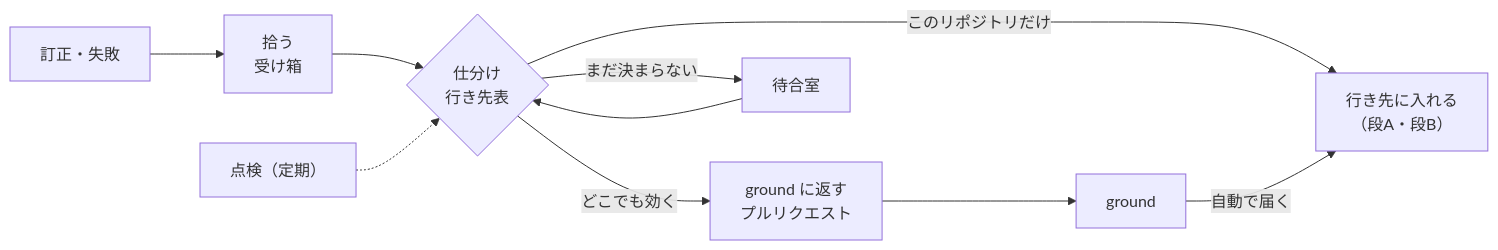
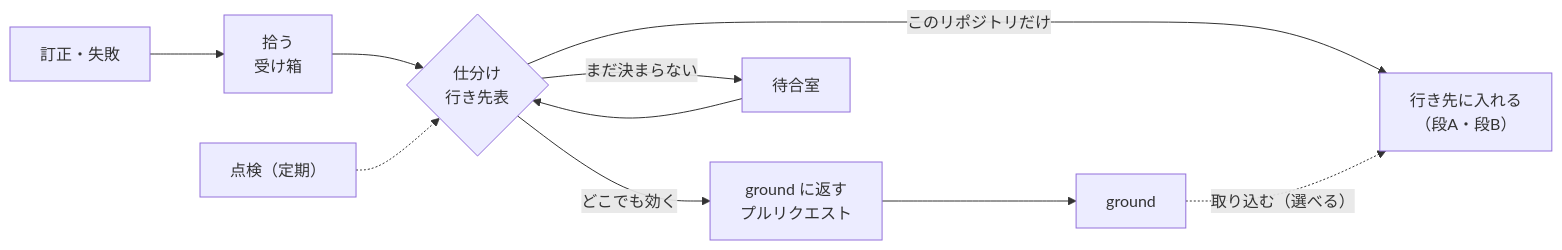
The diagram in plugins/apparatus/skills/growth-loop/SKILL.md (commons-ground/ground), drawn with Mermaid before and after one commit. The commit also changed other lines of this file and 5 other files, not shown here.

````diff
--- a/plugins/apparatus/skills/growth-loop/SKILL.md
+++ b/plugins/apparatus/skills/growth-loop/SKILL.md
@@ -14,12 +14,12 @@
 ```mermaid
 flowchart LR
   F["訂正・失敗"] --> I["拾う<br>受け箱"]
   I --> T{"仕分け<br>行き先表"}
   T -- "このリポジトリだけ" --> L["行き先に入れる<br>（段A・段B）"]
   T -- "どこでも効く" --> U["ground に返す<br>プルリクエスト"]
   T -- "まだ決まらない" --> W["待合室"]
   W --> T
   U --> G["ground"]
-  G -- "自動で届く" --> L
+  G -. "取り込む（選べる）" .-> L
   P["点検（定期）"] -.-> T
 ```
````
